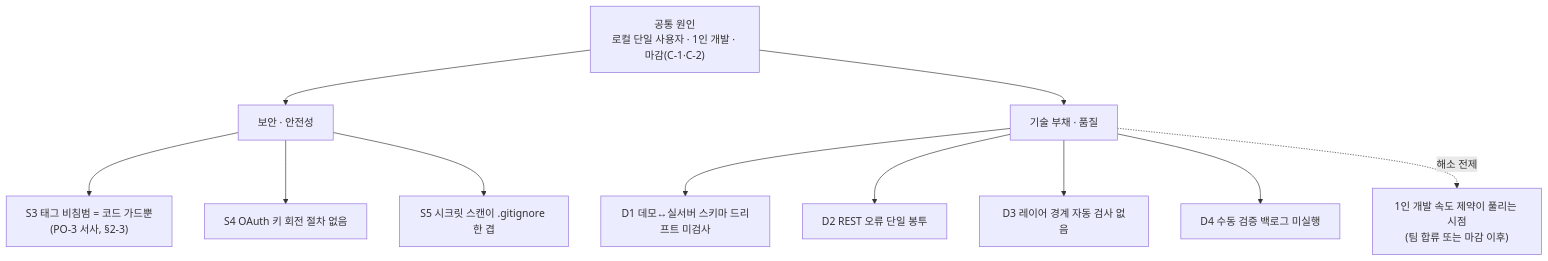
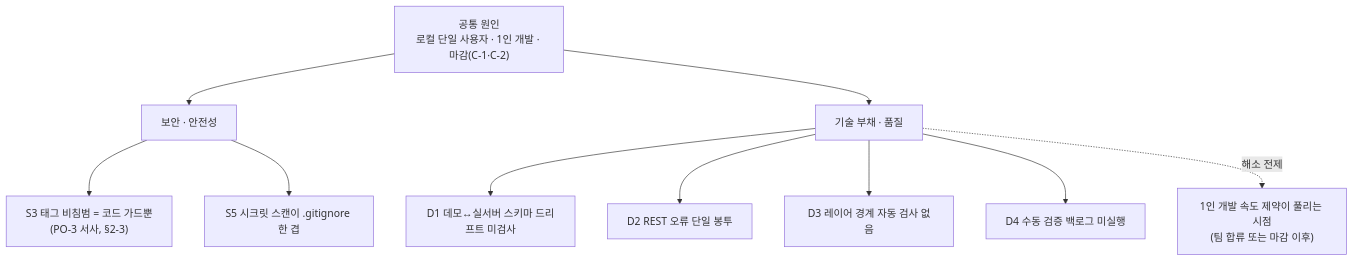
Before and after one commit to gamercross/my-setup-proj: the second of 2 diagrams in docs/REVERSE_PLAN.md, drawn with Mermaid. The commit also changed other lines of this file and 5 other files, not shown here.

````diff
--- a/docs/REVERSE_PLAN.md
+++ b/docs/REVERSE_PLAN.md
@@ -510,17 +503,16 @@
 ```mermaid
 flowchart TB
   ROOT["공통 원인<br/>로컬 단일 사용자 · 1인 개발 · 마감(C-1·C-2)"]
   ROOT --> SEC["보안 · 안전성"]
   ROOT --> QUAL["기술 부채 · 품질"]
 
   SEC --> S3["S3 태그 비침범 = 코드 가드뿐<br/>(PO-3 서사, §2-3)"]
-  SEC --> S4["S4 OAuth 키 회전 절차 없음"]
   SEC --> S5["S5 시크릿 스캔이 .gitignore 한 겹"]
 
   QUAL --> D1["D1 데모↔실서버 스키마 드리프트 미검사"]
   QUAL --> D2["D2 REST 오류 단일 봉투"]
   QUAL --> D3["D3 레이어 경계 자동 검사 없음"]
   QUAL --> D4["D4 수동 검증 백로그 미실행"]
 
   QUAL -.해소 전제.-> FIX2["1인 개발 속도 제약이 풀리는 시점<br/>(팀 합류 또는 마감 이후)"]
 ```
````
